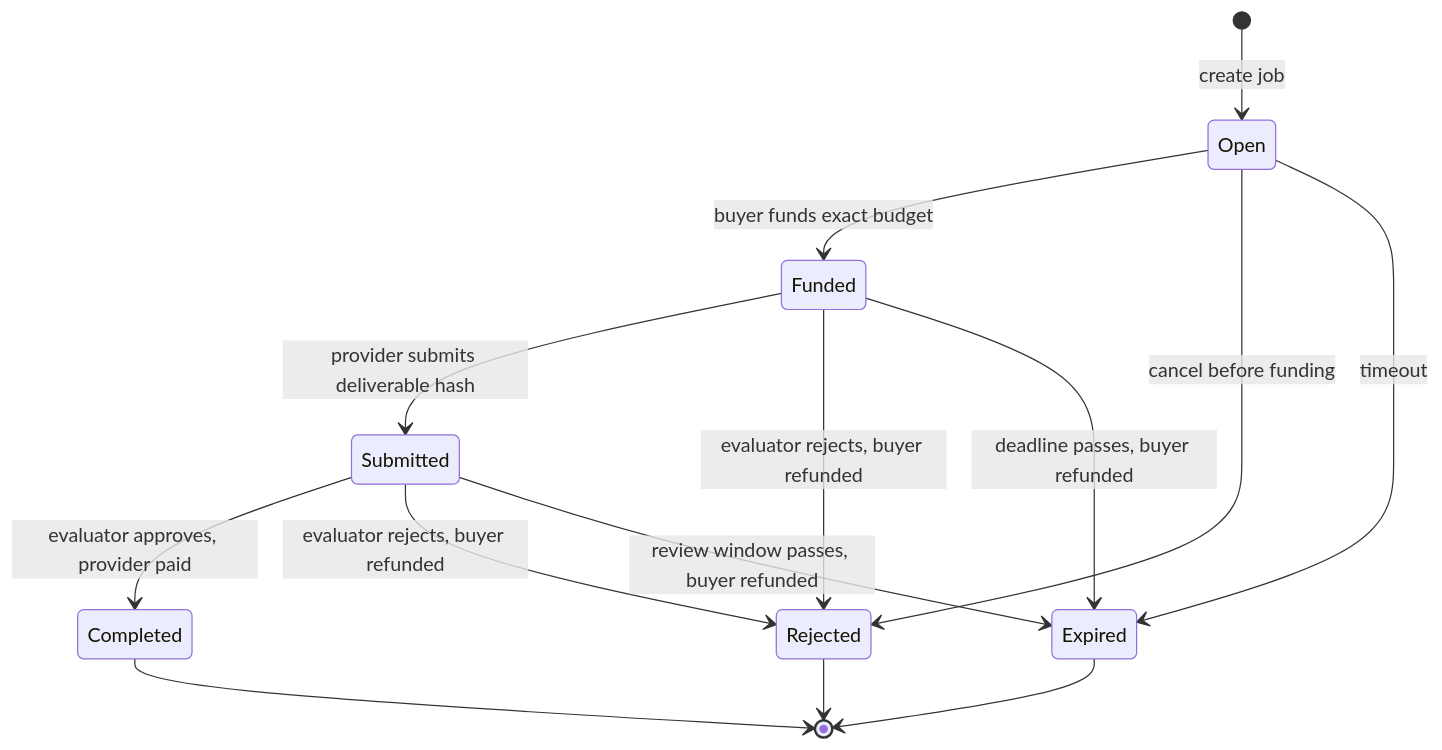
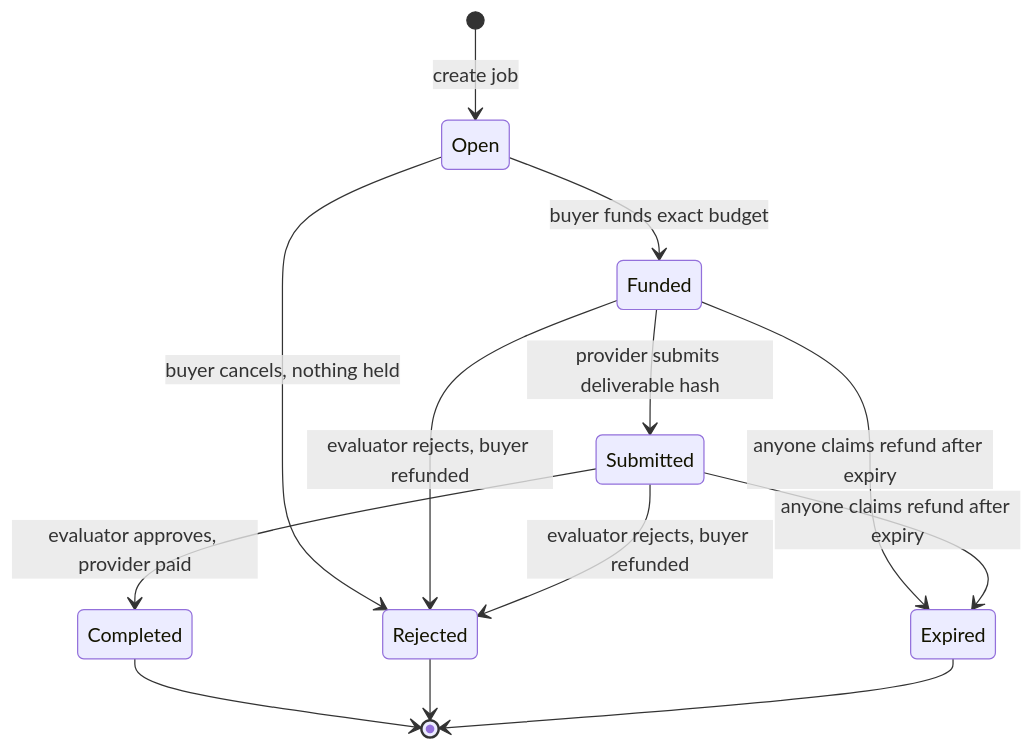
One commit to Pactlane/pactlane-protocol changed the diagram in README.md. Above: the diagram before and after it, drawn with Mermaid. The commit also changed other lines of this file and 6 other files, not shown here.

````diff
--- a/README.md
+++ b/README.md
@@ -112,16 +113,15 @@
 ```mermaid
 stateDiagram-v2
     [*] --> Open: create job
     Open --> Funded: buyer funds exact budget
-    Open --> Rejected: cancel before funding
-    Open --> Expired: timeout
+    Open --> Rejected: buyer cancels, nothing held
     Funded --> Submitted: provider submits deliverable hash
     Funded --> Rejected: evaluator rejects, buyer refunded
-    Funded --> Expired: deadline passes, buyer refunded
+    Funded --> Expired: anyone claims refund after expiry
     Submitted --> Completed: evaluator approves, provider paid
     Submitted --> Rejected: evaluator rejects, buyer refunded
-    Submitted --> Expired: review window passes, buyer refunded
+    Submitted --> Expired: anyone claims refund after expiry
     Completed --> [*]
     Rejected --> [*]
     Expired --> [*]
 ```
````
